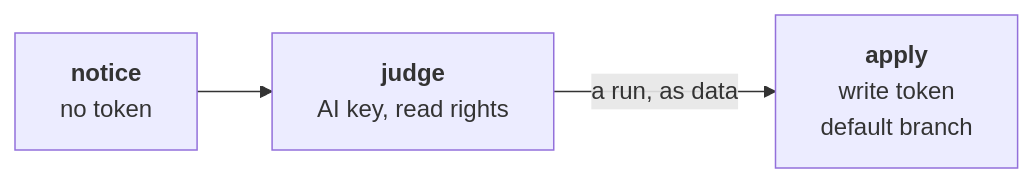
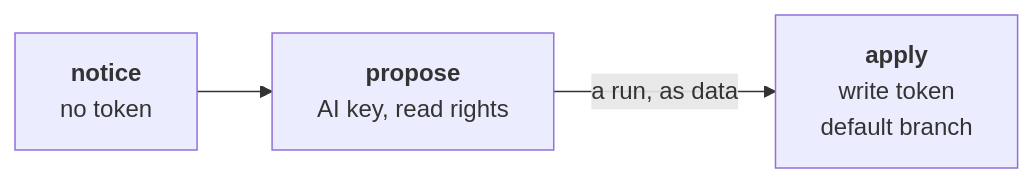
The diagram in docs/objection-jobs.md (JN0V/workline), drawn with Mermaid before and after one commit. The commit also changed other lines of this file and 89 other files, not shown here.

First line of the commit message:
ci!: the job that runs the line is propose, paired with apply

````diff
--- a/docs/objection-jobs.md
+++ b/docs/objection-jobs.md
@@ -24,7 +24,7 @@
 ```mermaid
 flowchart LR
   notice["<b>notice</b><br/>no token"]
-  judge["<b>judge</b><br/>AI key, read rights"]
+  propose["<b>propose</b><br/>AI key, read rights"]
   apply["<b>apply</b><br/>write token<br/>default branch"]
-  notice --> judge -- "a run, as data" --> apply
+  notice --> propose -- "a run, as data" --> apply
 ```
````
